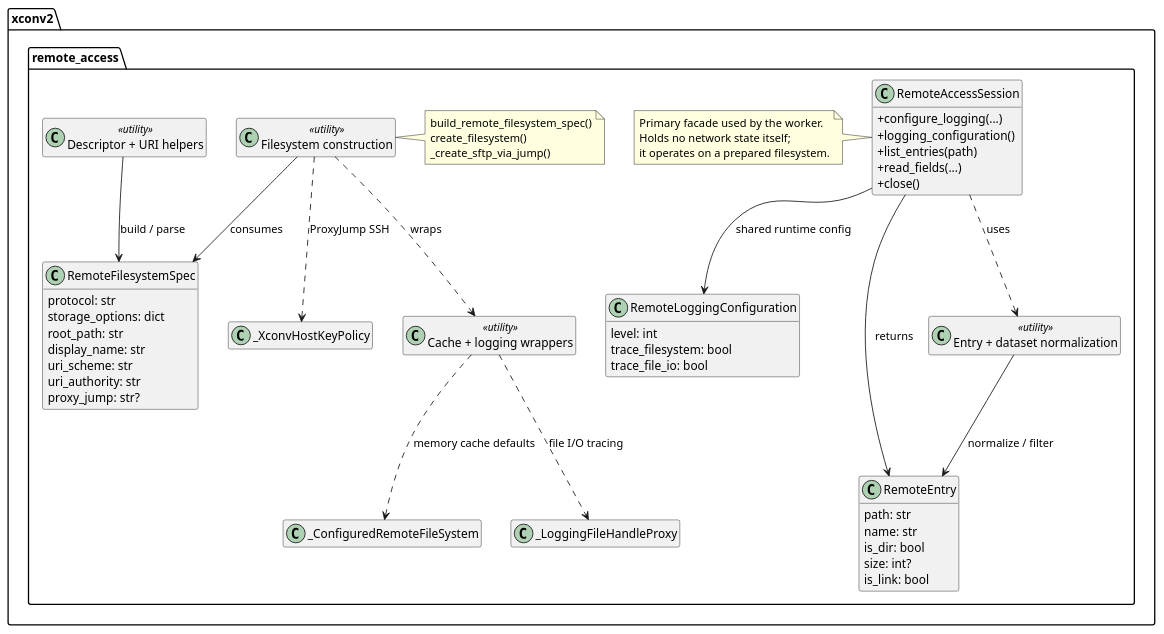
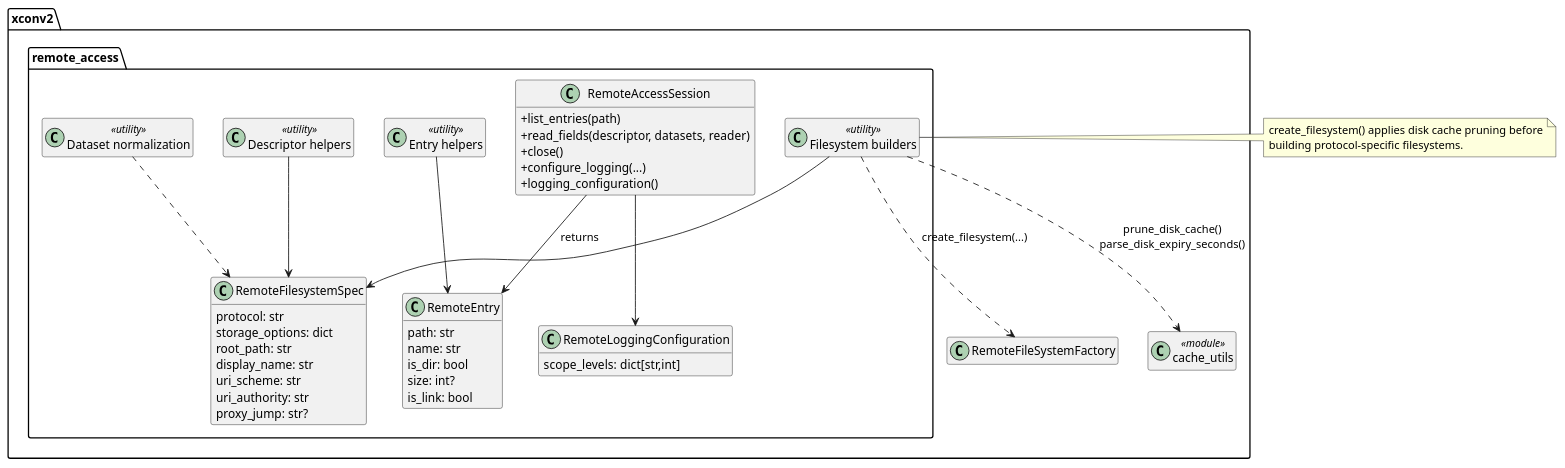
The diagram in docs/uml/remote_access_module.puml (NCAS-CMS/xconv2), drawn with PlantUML before and after one commit. The commit also changed 19 other files, not shown here.

Commit message:
Developer documentation (and a minor refactoring that resulted from looking at the UML)

```diff
--- a/docs/uml/remote_access_module.puml
+++ b/docs/uml/remote_access_module.puml
@@ -1,79 +1,62 @@
-@startuml RemoteAccessModule
+@startuml RemoteAccessModuleCurrent
 skinparam classAttributeIconSize 0
 hide empty methods
 hide empty fields
-skinparam NoteBackgroundColor #FFFFE0
-skinparam NoteBorderColor black
 
 package "xconv2.remote_access" {
   class RemoteLoggingConfiguration {
-    level: int
-    trace_filesystem: bool
-    trace_file_io: bool
+    scope_levels: dict[str,int]
   }
-
-  
 
   class RemoteEntry {
     path: str
     name: str
     is_dir: bool
     size: int?
     is_link: bool
   }
 
   class RemoteFilesystemSpec {
     protocol: str
     storage_options: dict
     root_path: str
     display_name: str
     uri_scheme: str
     uri_authority: str
     proxy_jump: str?
   }
 
   class RemoteAccessSession {
+    +list_entries(path)
+    +read_fields(descriptor, datasets, reader)
+    +close()
     +configure_logging(...)
     +logging_configuration()
-    +list_entries(path)
-    +read_fields(...)
-    +close()
   }
 
-  note left of RemoteAccessSession
-  Primary facade used by the worker.
-  Holds no network state itself;
-  it operates on a prepared filesystem.
-  end note
+  class "Descriptor helpers" as DescriptorHelpers <<utility>>
+  class "Entry helpers" as EntryHelpers <<utility>>
+  class "Dataset normalization" as DatasetHelpers <<utility>>
+  class "Filesystem builders" as FilesystemHelpers <<utility>>
+}
 
-  class _ConfiguredRemoteFileSystem
-  class _LoggingFileHandleProxy
-  class _XconvHostKeyPolicy
+package "xconv2" {
+  class RemoteFileSystemFactory
+  class cache_utils <<module>>
+}
 
-  class "Descriptor + URI helpers" as DescriptorHelpers <<utility>>
-  class "Entry + dataset normalization" as NormalizationHelpers <<utility>>
-  class "Cache + logging wrappers" as CacheHelpers <<utility>>
-  class "Filesystem construction" as FilesystemHelpers <<utility>>
+RemoteAccessSession --> RemoteLoggingConfiguration
+RemoteAccessSession --> RemoteEntry : returns
+DescriptorHelpers --> RemoteFilesystemSpec
+EntryHelpers --> RemoteEntry
+FilesystemHelpers --> RemoteFilesystemSpec
+FilesystemHelpers ..> RemoteFileSystemFactory : create_filesystem(...)
+FilesystemHelpers ..> cache_utils : prune_disk_cache()\nparse_disk_expiry_seconds()
+DatasetHelpers ..> RemoteFilesystemSpec
 
-  note right of FilesystemHelpers
-  build_remote_filesystem_spec()
-  create_filesystem()
-  _create_sftp_via_jump()
+note right of FilesystemHelpers
+create_filesystem() applies disk cache pruning before
+building protocol-specific filesystems.
 end note
 
-  RemoteAccessSession --> RemoteLoggingConfiguration : shared runtime config
-  RemoteAccessSession --> RemoteEntry : returns
-  RemoteAccessSession ..> NormalizationHelpers : uses
-  DescriptorHelpers --> RemoteFilesystemSpec : build / parse
-  NormalizationHelpers --> RemoteEntry : normalize / filter
-  FilesystemHelpers --> RemoteFilesystemSpec : consumes
-  FilesystemHelpers ..> CacheHelpers : wraps
-  FilesystemHelpers ..> _XconvHostKeyPolicy : ProxyJump SSH
-  CacheHelpers ..> _ConfiguredRemoteFileSystem : memory cache defaults
-  CacheHelpers ..> _LoggingFileHandleProxy : file I/O tracing
-}
-
-
-
-
 @enduml
```
